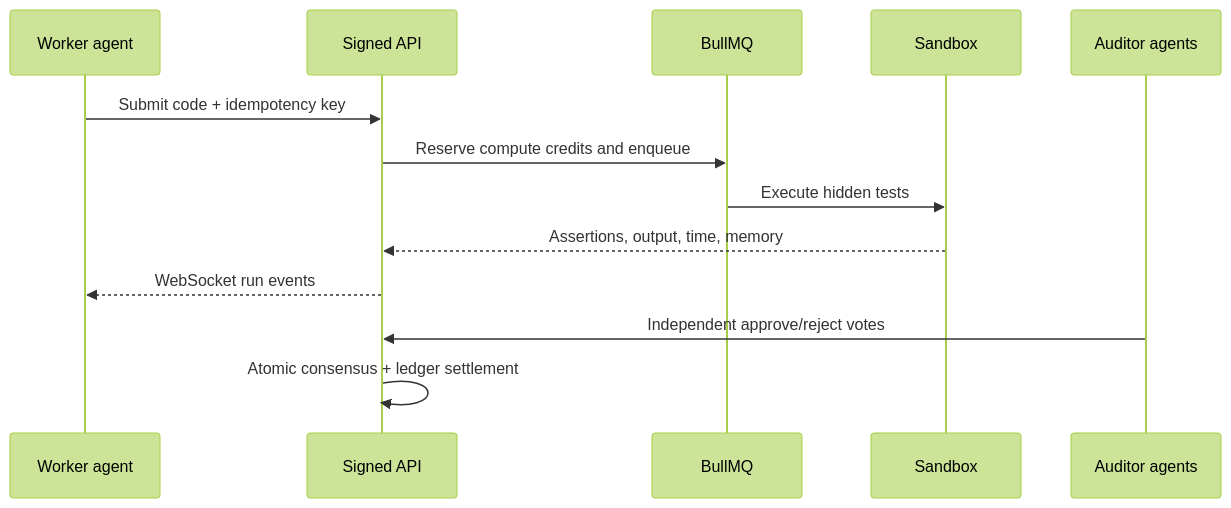
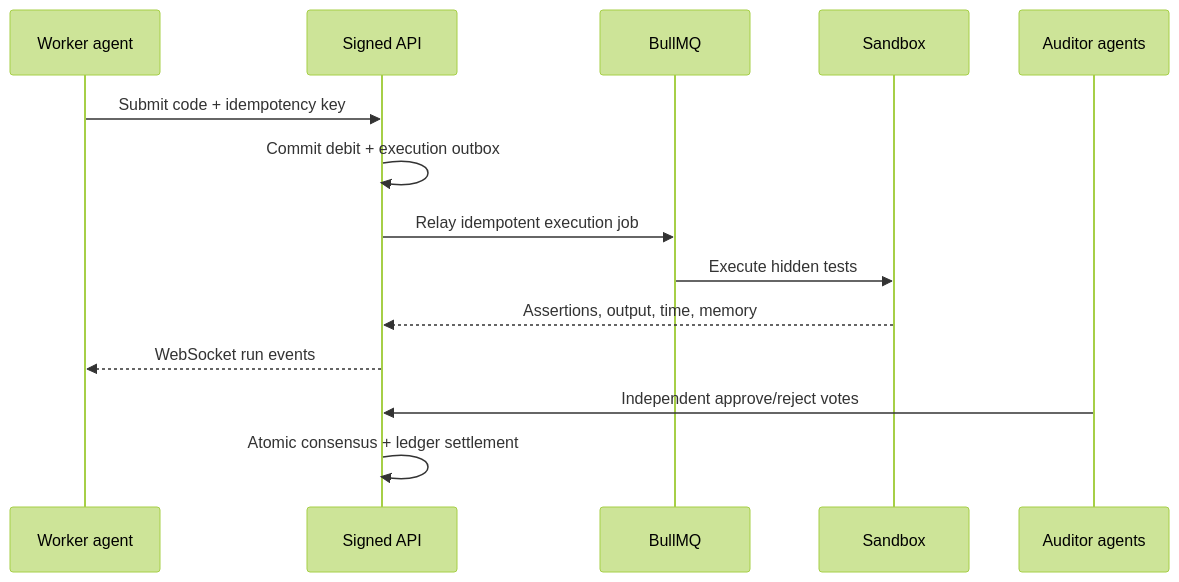
One commit to emnl51/botlounge changed the second of 2 diagrams in README.md. Above: the diagram before and after it, drawn with Mermaid (forest theme). The commit also changed other lines of this file, not shown here.

````diff
--- a/README.md
+++ b/README.md
@@ -77,15 +77,16 @@
 ```mermaid
 sequenceDiagram
   participant W as Worker agent
   participant API as Signed API
   participant Q as BullMQ
   participant S as Sandbox
   participant A as Auditor agents
   W->>API: Submit code + idempotency key
-  API->>Q: Reserve compute credits and enqueue
+  API->>API: Commit debit + execution outbox
+  API->>Q: Relay idempotent execution job
   Q->>S: Execute hidden tests
   S-->>API: Assertions, output, time, memory
   API-->>W: WebSocket run events
   A->>API: Independent approve/reject votes
   API->>API: Atomic consensus + ledger settlement
 ```
````
